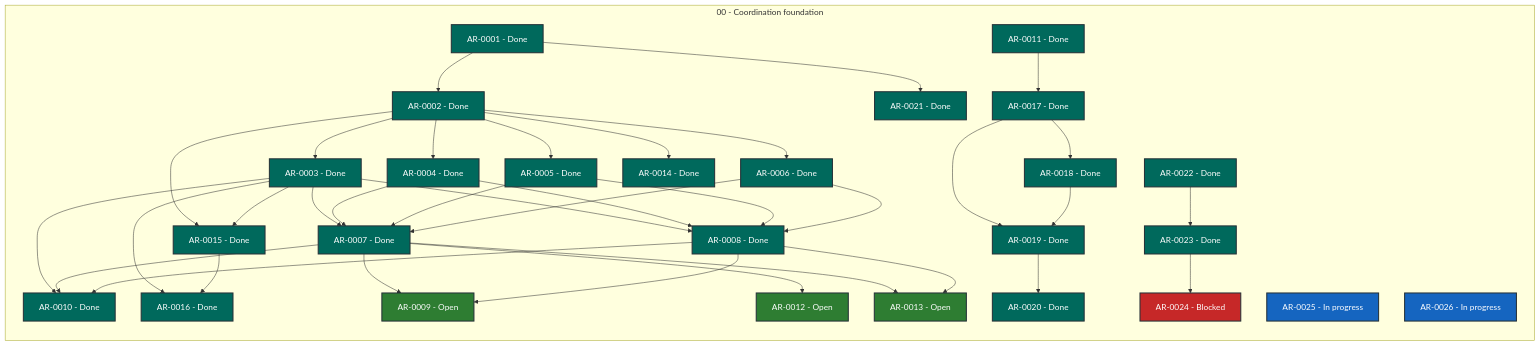
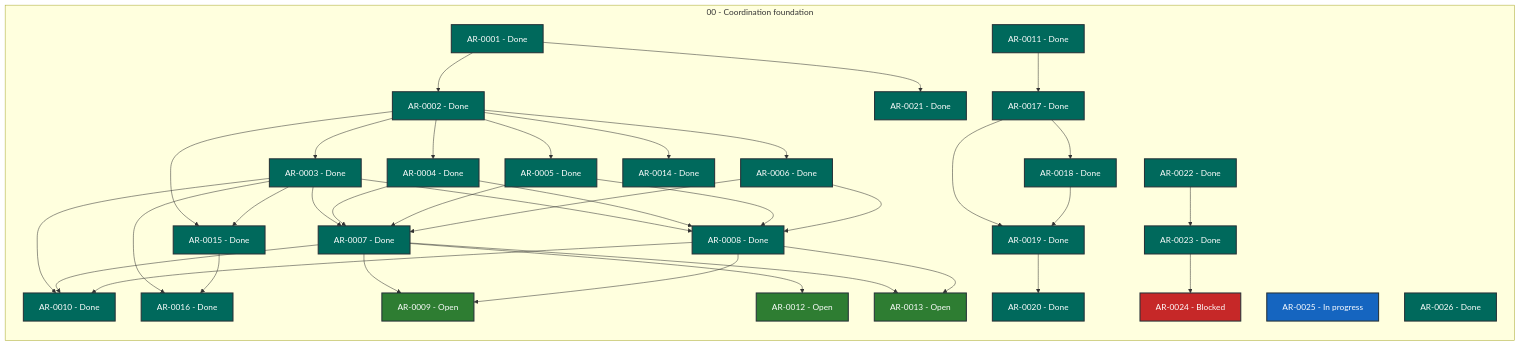
One commit to martin-beck/agent-workflow-coordinator-state changed the diagram in STATUS.md. Above: the diagram before and after it, drawn with Mermaid. The commit also changed other lines of this file and 2 other files, not shown here.

````diff
--- a/STATUS.md
+++ b/STATUS.md
@@ -27,74 +27,74 @@
 ```mermaid
 flowchart LR
     subgraph series_00["00 - Coordination foundation"]
         direction TB
         AR_0001["AR-0001 - Done"]:::status_done
         AR_0002["AR-0002 - Done"]:::status_done
         AR_0003["AR-0003 - Done"]:::status_done
         AR_0004["AR-0004 - Done"]:::status_done
         AR_0005["AR-0005 - Done"]:::status_done
         AR_0006["AR-0006 - Done"]:::status_done
         AR_0007["AR-0007 - Done"]:::status_done
         AR_0008["AR-0008 - Done"]:::status_done
         AR_0009["AR-0009 - Open"]:::status_open
         AR_0010["AR-0010 - Done"]:::status_done
         AR_0011["AR-0011 - Done"]:::status_done
         AR_0012["AR-0012 - Open"]:::status_open
         AR_0013["AR-0013 - Open"]:::status_open
         AR_0014["AR-0014 - Done"]:::status_done
         AR_0015["AR-0015 - Done"]:::status_done
         AR_0016["AR-0016 - Done"]:::status_done
         AR_0017["AR-0017 - Done"]:::status_done
         AR_0018["AR-0018 - Done"]:::status_done
         AR_0019["AR-0019 - Done"]:::status_done
         AR_0020["AR-0020 - Done"]:::status_done
         AR_0021["AR-0021 - Done"]:::status_done
         AR_0022["AR-0022 - Done"]:::status_done
         AR_0023["AR-0023 - Done"]:::status_done
         AR_0024["AR-0024 - Blocked"]:::status_blocked
         AR_0025["AR-0025 - In progress"]:::status_in_progress
-        AR_0026["AR-0026 - In progress"]:::status_in_progress
+        AR_0026["AR-0026 - Done"]:::status_done
     end
     AR_0001 --> AR_0002
     AR_0001 --> AR_0021
     AR_0002 --> AR_0003
     AR_0002 --> AR_0004
     AR_0002 --> AR_0005
     AR_0002 --> AR_0006
     AR_0002 --> AR_0014
     AR_0002 --> AR_0015
     AR_0003 --> AR_0007
     AR_0003 --> AR_0008
     AR_0003 --> AR_0010
     AR_0003 --> AR_0015
     AR_0003 --> AR_0016
     AR_0004 --> AR_0007
     AR_0004 --> AR_0008
     AR_0005 --> AR_0007
     AR_0005 --> AR_0008
     AR_0006 --> AR_0007
     AR_0006 --> AR_0008
     AR_0007 --> AR_0009
     AR_0007 --> AR_0010
     AR_0007 --> AR_0012
     AR_0007 --> AR_0013
     AR_0008 --> AR_0009
     AR_0008 --> AR_0010
     AR_0008 --> AR_0013
     AR_0011 --> AR_0017
     AR_0015 --> AR_0016
     AR_0017 --> AR_0018
     AR_0017 --> AR_0019
     AR_0018 --> AR_0019
     AR_0019 --> AR_0020
     AR_0022 --> AR_0023
     AR_0023 --> AR_0024
     classDef status_in_progress fill:#1565c0,color:#ffffff,stroke:#263238,stroke-width:2px
     classDef status_open fill:#2e7d32,color:#ffffff,stroke:#263238,stroke-width:2px
     classDef status_blocked fill:#c62828,color:#ffffff,stroke:#263238,stroke-width:2px
     classDef status_planned fill:#6a1b9a,color:#ffffff,stroke:#263238,stroke-width:2px
     classDef status_future fill:#455a64,color:#ffffff,stroke:#263238,stroke-width:2px
     classDef status_done fill:#00695c,color:#ffffff,stroke:#263238,stroke-width:2px
     classDef status_cancelled fill:#616161,color:#ffffff,stroke:#263238,stroke-width:2px
     classDef status_superseded fill:#5d4037,color:#ffffff,stroke:#263238,stroke-width:2px
 ```
````
